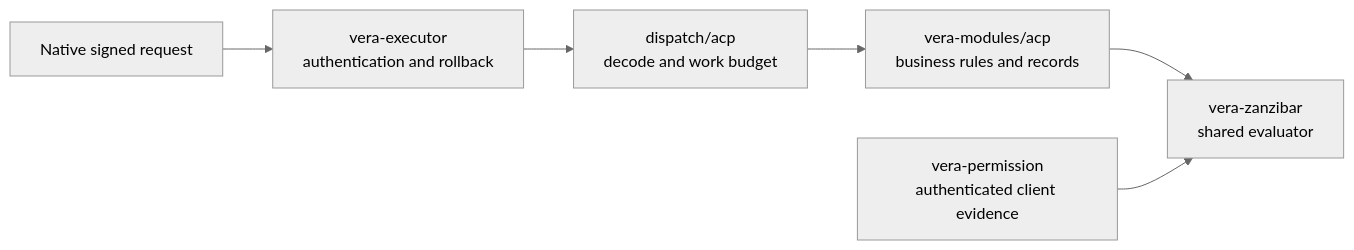
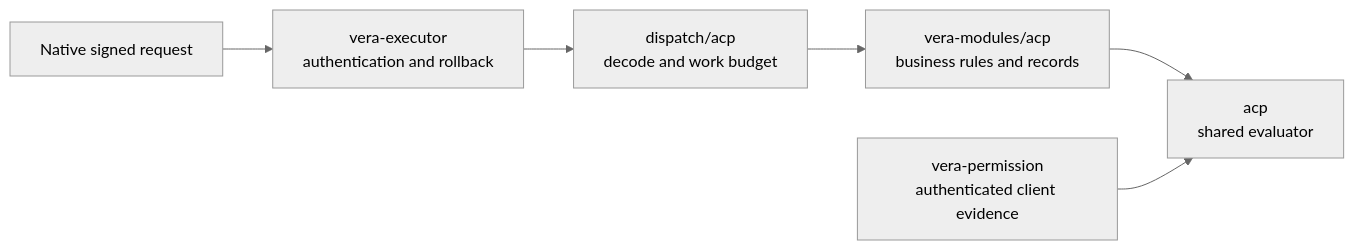
One commit to sourcenetwork/vera.rs changed the third of 7 diagrams in docs/architecture.md. Above: the diagram before and after it, drawn with Mermaid (neutral theme). The commit also changed other lines of this file and 264 other files, not shown here.

````diff
--- a/docs/architecture.md
+++ b/docs/architecture.md
@@ -110,8 +108,8 @@
 ```mermaid
 flowchart LR
     Request[Native signed request] --> Executor[vera-executor<br/>authentication and rollback]
     Executor --> Dispatch[dispatch/acp<br/>decode and work budget]
     Dispatch --> Module[vera-modules/acp<br/>business rules and records]
-    Module --> Engine[vera-zanzibar<br/>shared evaluator]
+    Module --> Engine[acp<br/>shared evaluator]
     Evidence[vera-permission<br/>authenticated client evidence] --> Engine
 ```
````
